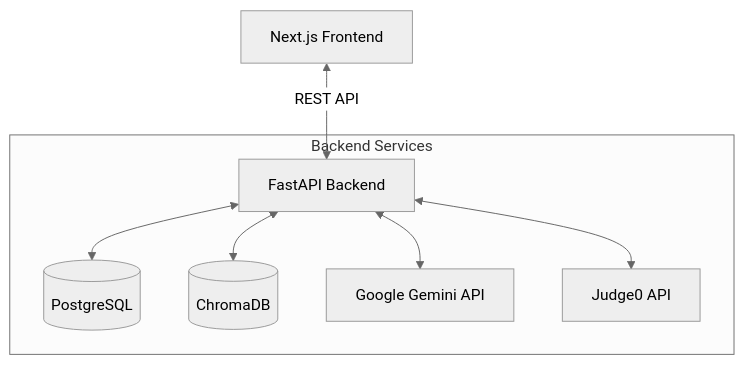
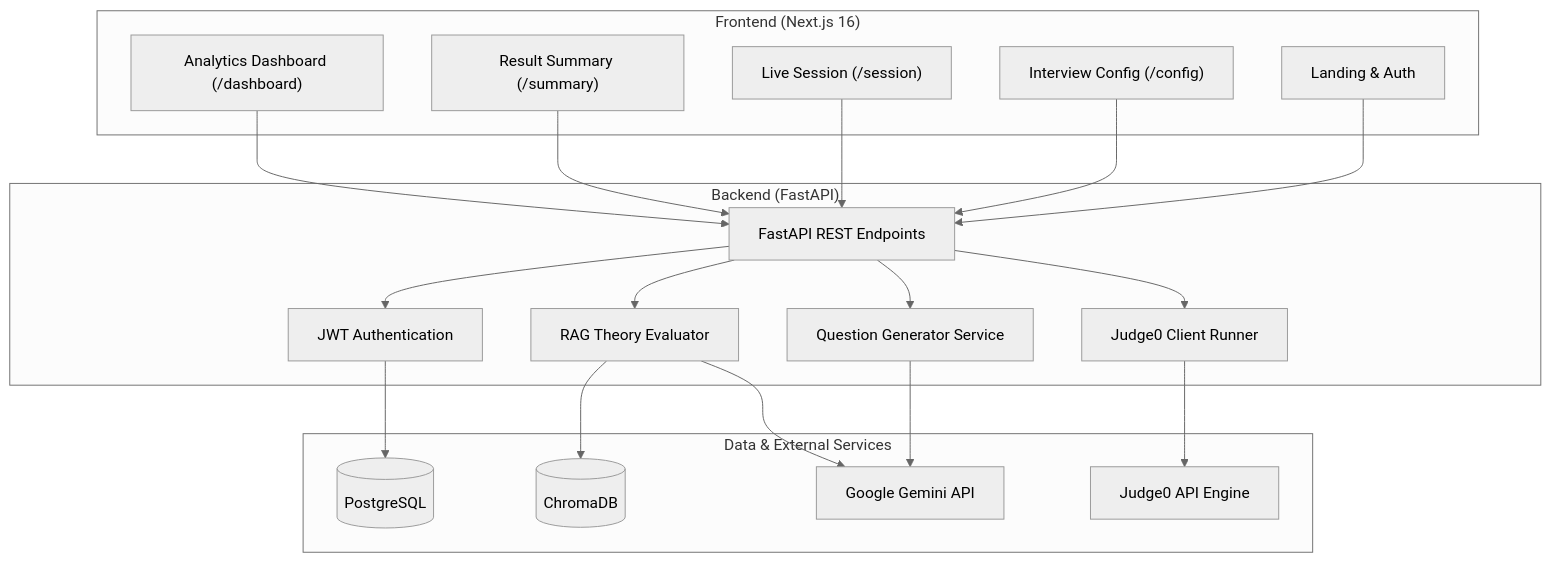
One commit to Haris-Mahmood-21/ai-interview-platform changed the diagram in README.md. Above: the diagram before and after it, drawn with Mermaid (neutral theme). The commit also changed other lines of this file and 4 other files, not shown here.

````diff
--- a/README.md
+++ b/README.md
@@ -46,11 +47,37 @@
 ```mermaid
-graph TD
-    Client[Next.js Frontend] <-->|REST API| API[FastAPI Backend]
-    
-    subgraph Backend Services
-        API <--> DB[(PostgreSQL)]
-        API <--> Vector[(ChromaDB)]
-        API <--> LLM[Google Gemini API]
-        API <--> CodeEval[Judge0 API]
+flowchart TD
+    subgraph Client["Frontend (Next.js 16)"]
+        UI["Landing & Auth"]
+        Wizard["Interview Config (/config)"]
+        Session["Live Session (/session)"]
+        Summary["Result Summary (/summary)"]
+        Dashboard["Analytics Dashboard (/dashboard)"]
     end
+
+    subgraph Backend["Backend (FastAPI)"]
+        API["FastAPI REST Endpoints"]
+        AuthService["JWT Authentication"]
+        QGen["Question Generator Service"]
+        RAGEval["RAG Theory Evaluator"]
+        CodeEval["Judge0 Client Runner"]
+    end
+
+    subgraph Storage["Data & External Services"]
+        PG[(PostgreSQL)]
+        Chroma[(ChromaDB)]
+        Gemini[Google Gemini API]
+        Judge0[Judge0 API Engine]
+    end
+
+    UI --> API
+    Wizard --> API
+    Session --> API
+    Summary --> API
+    Dashboard --> API
+
+    API --> AuthService --> PG
+    API --> QGen --> Gemini
+    API --> RAGEval --> Chroma
+    RAGEval --> Gemini
+    API --> CodeEval --> Judge0
 ```
````
